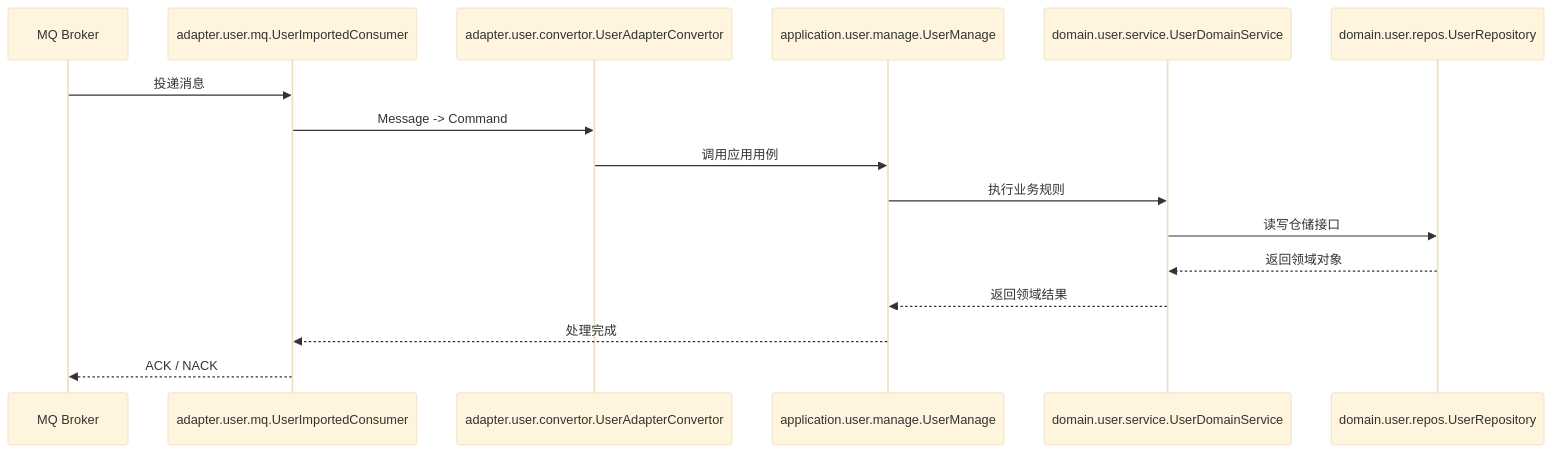
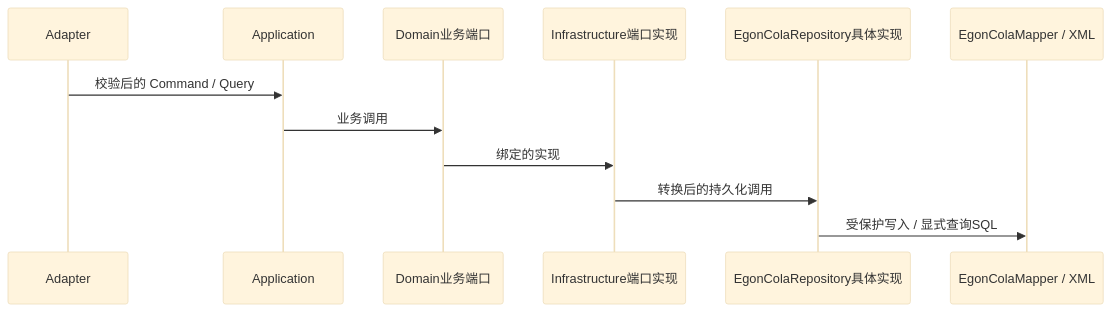
Before and after one commit to AllenDEricDAlexander/Egon-COLA: the second of 4 diagrams in egon-cola-archetypes/architecture-mermaid-diagrams.md, drawn with Mermaid (base theme). The commit also changed other lines of this file and 84 other files, not shown here.

````diff
--- a/egon-cola-archetypes/architecture-mermaid-diagrams.md
+++ b/egon-cola-archetypes/architecture-mermaid-diagrams.md
@@ -446,18 +23,14 @@
 ```mermaid
 sequenceDiagram
-    participant Broker as MQ Broker
-    participant Consumer as adapter.user.mq.UserImportedConsumer
-    participant Convertor as adapter.user.convertor.UserAdapterConvertor
-    participant Manage as application.user.manage.UserManage
-    participant Domain as domain.user.service.UserDomainService
-    participant Repo as domain.user.repos.UserRepository
-    Broker ->> Consumer: 投递消息
-    Consumer ->> Convertor: Message -> Command
-    Convertor ->> Manage: 调用应用用例
-    Manage ->> Domain: 执行业务规则
-    Domain ->> Repo: 读写仓储接口
-    Repo -->> Domain: 返回领域对象
-    Domain -->> Manage: 返回领域结果
-    Manage -->> Consumer: 处理完成
-    Consumer -->> Broker: ACK / NACK
+    participant A as Adapter
+    participant U as Application
+    participant D as Domain业务端口
+    participant I as Infrastructure端口实现
+    participant R as EgonColaRepository具体实现
+    participant M as EgonColaMapper / XML
+    A->>U: 校验后的 Command / Query
+    U->>D: 业务调用
+    D->>I: 绑定的实现
+    I->>R: 转换后的持久化调用
+    R->>M: 受保护写入 / 显式查询SQL
 ```
````
